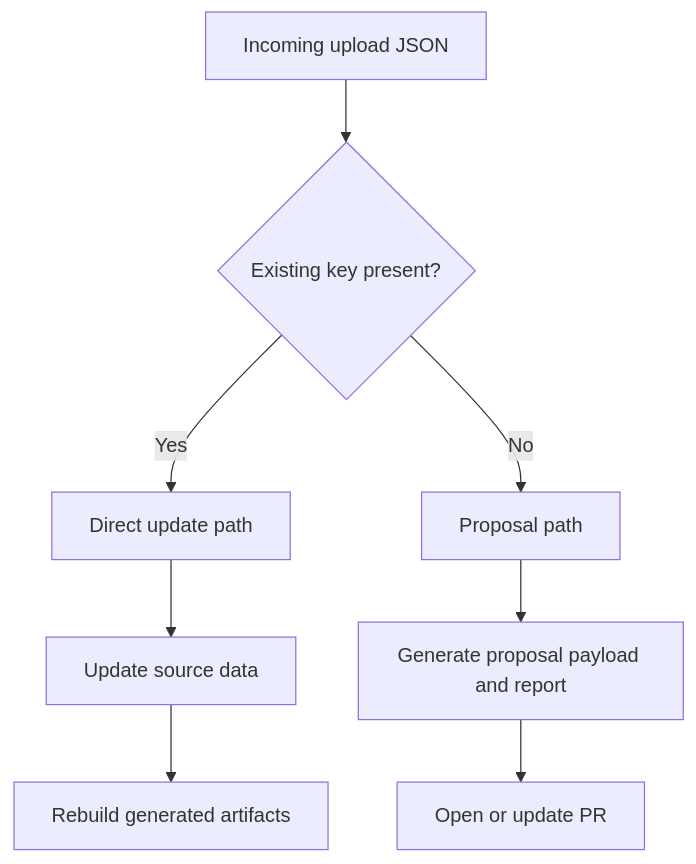
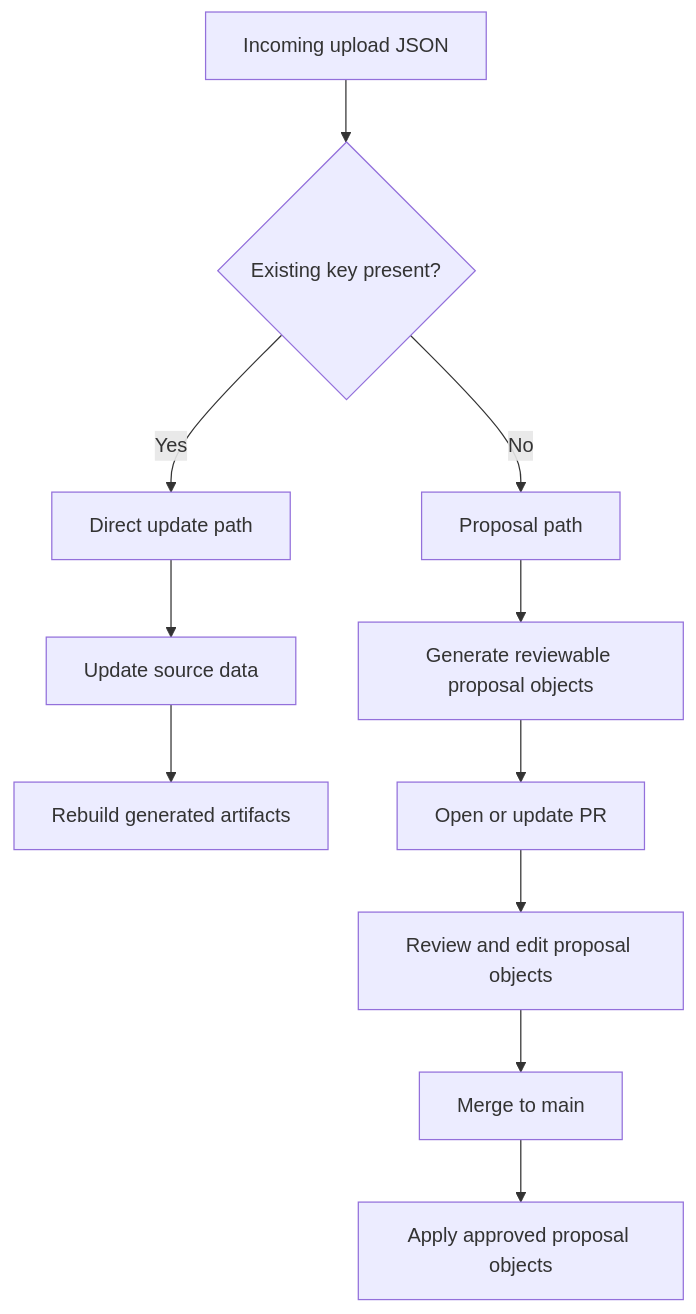
The second of 3 diagrams in README.md (PRAxISDEVELOPMENT/mypraxis_translation_keys), drawn with Mermaid before and after one commit. The commit also changed other lines of this file and 21 other files, not shown here.

Commit message:
Review proposal objects before merge

````diff
--- a/README.md
+++ b/README.md
@@ -96,10 +98,13 @@
 ```mermaid
 flowchart TD
     A[Incoming upload JSON] --> B{Existing key present?}
     B -- Yes --> C[Direct update path]
     B -- No --> D[Proposal path]
     C --> E[Update source data]
-    D --> F[Generate proposal payload and report]
+    D --> F[Generate reviewable proposal objects]
     E --> G[Rebuild generated artifacts]
     F --> H[Open or update PR]
+    H --> I[Review and edit proposal objects]
+    I --> J[Merge to main]
+    J --> K[Apply approved proposal objects]
 ```
````
